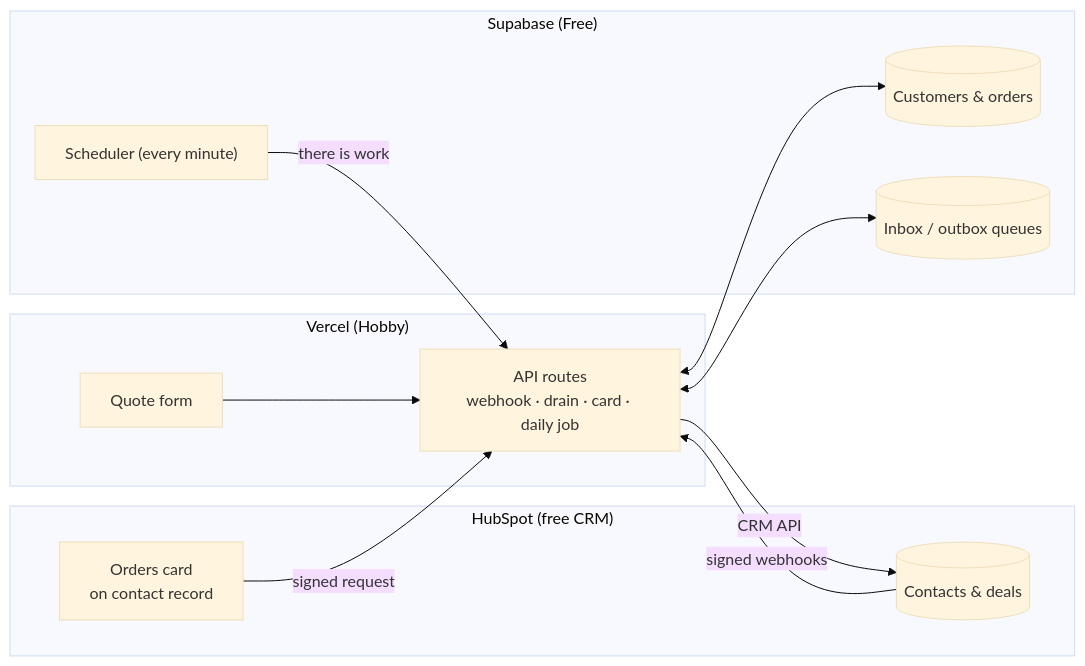
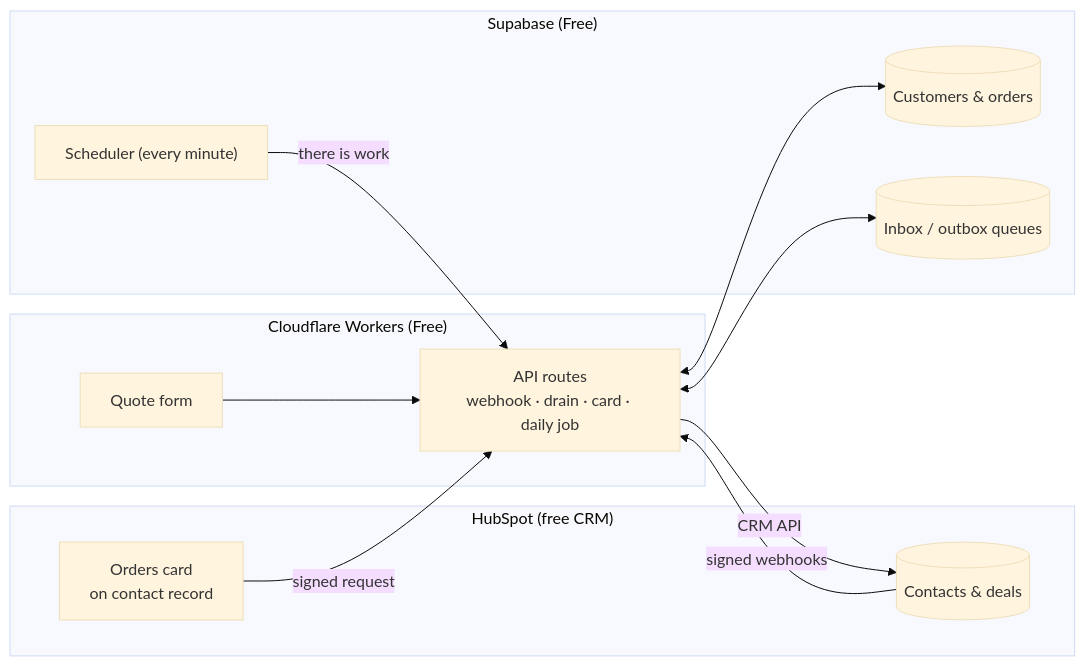
Before and after one commit to notm33na/hubspot-sync: the diagram in docs/handoff/02-ARCHITECTURE.md, drawn with Mermaid (base theme). The commit also changed other lines of this file and 13 other files, not shown here.

First line of the commit message:
Docs: hosting is now Cloudflare Workers; handoff PDF rebuilt (v1.1)

````diff
--- a/docs/handoff/02-ARCHITECTURE.md
+++ b/docs/handoff/02-ARCHITECTURE.md
@@ -8,23 +8,23 @@
 ```mermaid
 flowchart LR
   subgraph HubSpot["HubSpot (free CRM)"]
     Card["Orders card<br/>on contact record"]
     Contacts[(Contacts & deals)]
   end
-  subgraph Vercel["Vercel (Hobby)"]
+  subgraph Worker["Cloudflare Workers (Free)"]
     Form["Quote form"]
     API["API routes<br/>webhook · drain · card · daily job"]
   end
   subgraph Supabase["Supabase (Free)"]
     DB[(Customers & orders)]
     Queue[(Inbox / outbox queues)]
     Cron["Scheduler (every minute)"]
   end
   Contacts -- "signed webhooks" --> API
   Card -- "signed request" --> API
   Form --> API
   API -- "CRM API" --> Contacts
   API <--> DB
   API <--> Queue
   Cron -- "there is work" --> API
 ```
````
